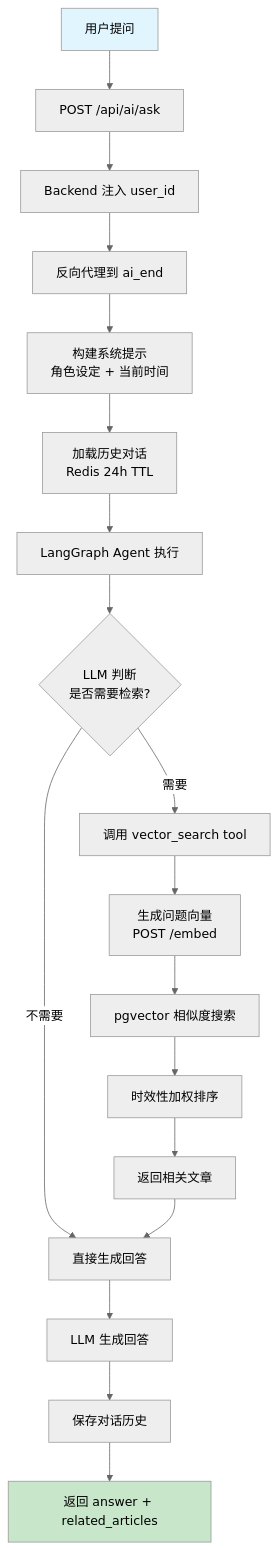
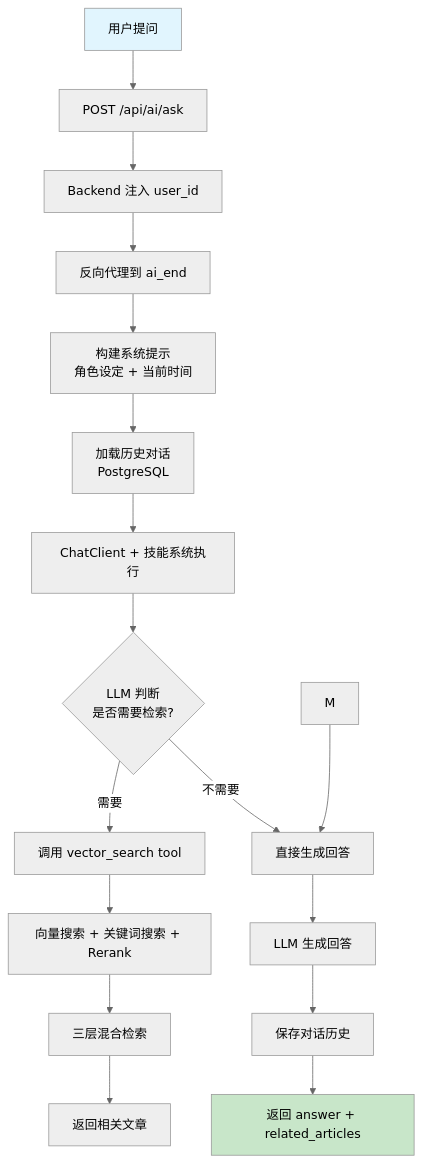
The eighth of 10 diagrams in docs/architecture.md (MEO-wj/OA_Reader_APP), drawn with Mermaid (neutral theme) before and after one commit. The commit also changed other lines of this file and 6 other files, not shown here.

````diff
--- a/docs/architecture.md
+++ b/docs/architecture.md
@@ -602,25 +624,24 @@
 ```mermaid
 flowchart TD
     A[用户提问] --> B[POST /api/ai/ask]
     B --> C[Backend 注入 user_id]
     C --> D[反向代理到 ai_end]
     D --> E[构建系统提示<br/>角色设定 + 当前时间]
-    E --> F[加载历史对话<br/>Redis 24h TTL]
-    F --> G[LangGraph Agent 执行]
+    E --> F[加载历史对话<br/>PostgreSQL]
+    F --> G[ChatClient + 技能系统执行]
     G --> H{LLM 判断<br/>是否需要检索?}
     H -->|需要| I[调用 vector_search tool]
     H -->|不需要| N[直接生成回答]
 
-    I --> J[生成问题向量<br/>POST /embed]
-    J --> K[pgvector 相似度搜索]
-    K --> L[时效性加权排序]
-    L --> M[返回相关文章]
+    I --> J[向量搜索 + 关键词搜索 + Rerank]
+    J --> K[三层混合检索]
+    K --> L[返回相关文章]
     M --> N
 
     N --> O[LLM 生成回答]
     O --> P[保存对话历史]
     P --> Q[返回 answer + related_articles]
 
     style A fill:#e1f5fe
     style Q fill:#c8e6c9
 ```
````
